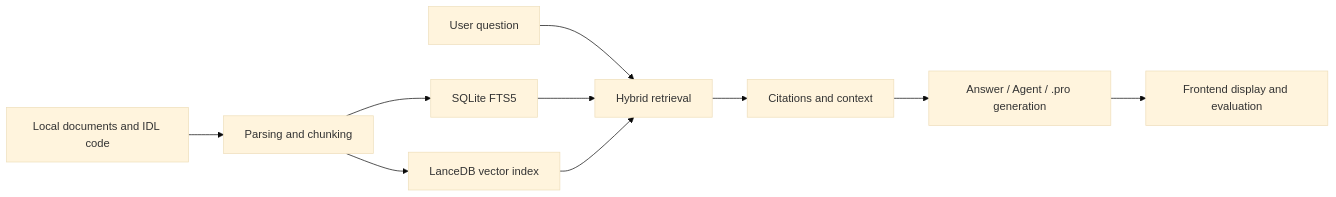
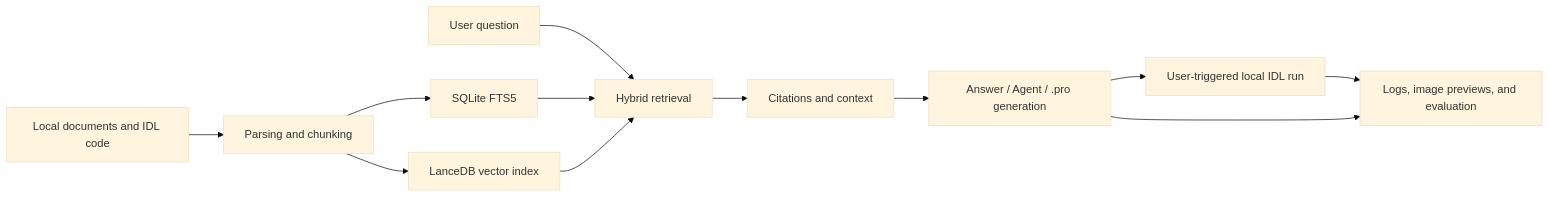
The first of 2 diagrams in README.en-US.md (GeoSyntax/idl-rag), drawn with Mermaid (base theme) before and after one commit. The commit also changed other lines of this file and 23 other files, not shown here.

First line of the commit message:
Add local IDL agent execution

````diff
--- a/README.en-US.md
+++ b/README.en-US.md
@@ -70,12 +71,14 @@
 ```mermaid
 flowchart LR
   Source[Local documents and IDL code] --> Ingest[Parsing and chunking]
   Ingest --> FTS[SQLite FTS5]
   Ingest --> Vector[LanceDB vector index]
   User[User question] --> Retrieve[Hybrid retrieval]
   FTS --> Retrieve
   Vector --> Retrieve
   Retrieve --> Ground[Citations and context]
   Ground --> Answer[Answer / Agent / .pro generation]
-  Answer --> UI[Frontend display and evaluation]
+  Answer --> Run[User-triggered local IDL run]
+  Run --> UI[Logs, image previews, and evaluation]
+  Answer --> UI
 ```
````
